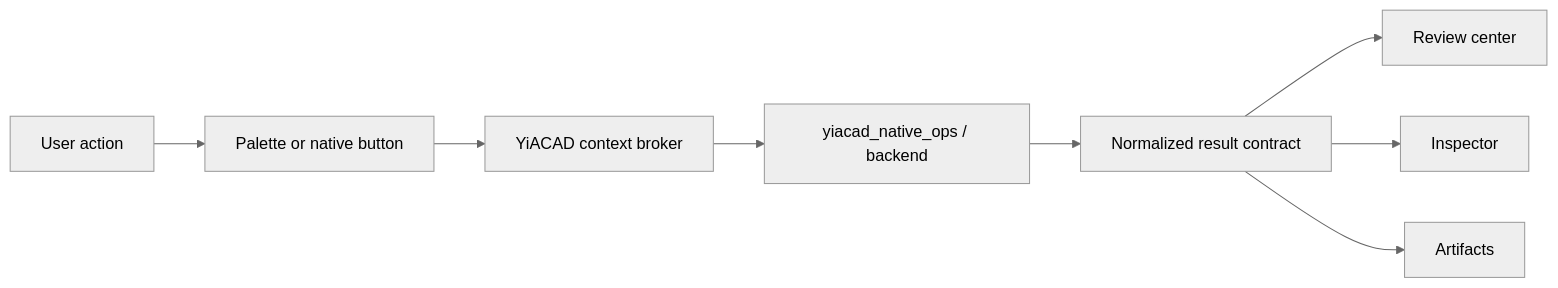
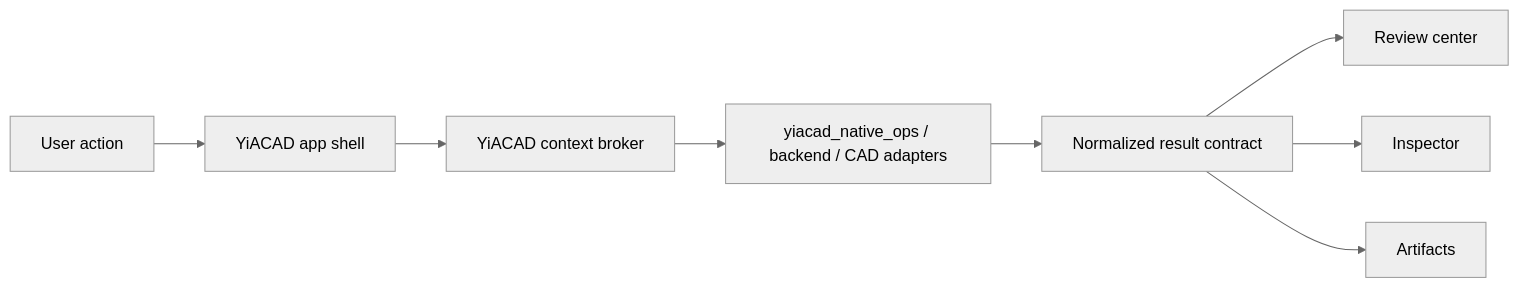
Before and after one commit to electron-rare/Kill_LIFE: the diagram in ai-agentic-embedded-base/specs/yiacad_tux004_orchestration_spec.md, drawn with Mermaid (neutral theme). The commit also changed other lines of this file and 249 other files, not shown here.

````diff
--- a/ai-agentic-embedded-base/specs/yiacad_tux004_orchestration_spec.md
+++ b/ai-agentic-embedded-base/specs/yiacad_tux004_orchestration_spec.md
@@ -85,10 +96,10 @@
 ```mermaid
 flowchart LR
-  A["User action"] --> B["Palette or native button"]
+  A["User action"] --> B["YiACAD app shell"]
   B --> C["YiACAD context broker"]
-  C --> D["yiacad_native_ops / backend"]
+  C --> D["yiacad_native_ops / backend / CAD adapters"]
   D --> E["Normalized result contract"]
   E --> F["Review center"]
   E --> G["Inspector"]
   E --> H["Artifacts"]
 ```
````
